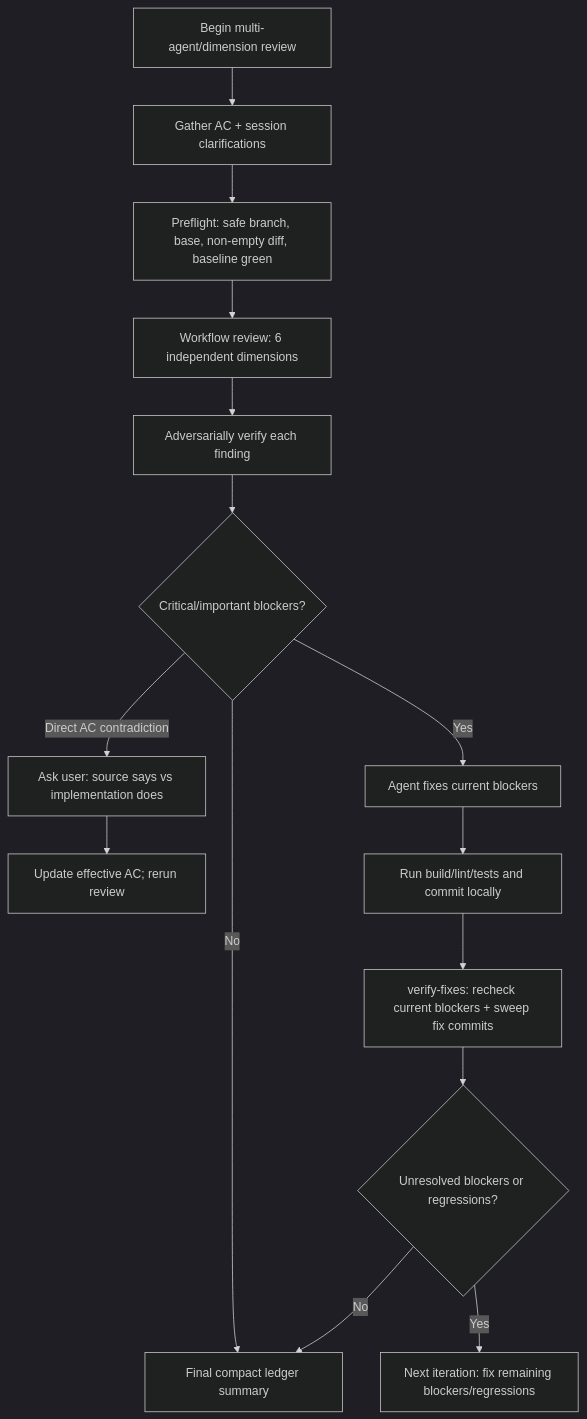
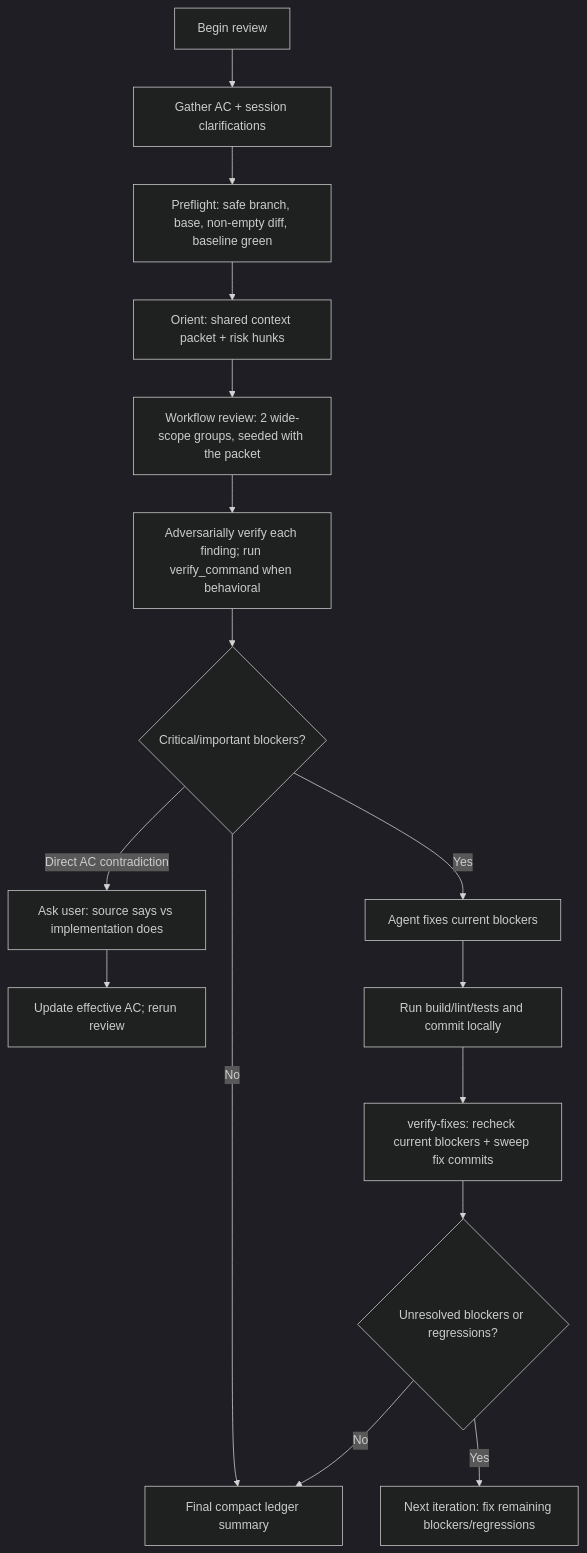
One commit to lzehrung/review-until-clean-odw changed the diagram in README.md. Above: the diagram before and after it, drawn with Mermaid (dark theme). The commit also changed other lines of this file and 3 other files, not shown here.

First line of the commit message:
Fewer reviewers, shared context packet, execution-first verification (#2)

````diff
--- a/README.md
+++ b/README.md
@@ -64,17 +65,18 @@
 ```mermaid
 flowchart TB
-  S[Begin multi-agent/dimension review] --> A[Gather AC + session clarifications]
+  S[Begin review] --> A[Gather AC + session clarifications]
   A --> B[Preflight: safe branch, base, non-empty diff, baseline green]
-  B --> C[Workflow review: 6 independent dimensions]
-  C --> D[Adversarially verify each finding]
+  B --> C[Orient: shared context packet + risk hunks]
+  C --> C2[Workflow review: 2 wide-scope groups, seeded with the packet]
+  C2 --> D[Adversarially verify each finding; run verify_command when behavioral]
   D --> E{Critical/important blockers?}
   E -- No --> Z[Final compact ledger summary]
   E -- Direct AC contradiction --> H[Ask user: source says vs implementation does]
   H --> H2[Update effective AC; rerun review]
   E -- Yes --> F[Agent fixes current blockers]
   F --> G[Run build/lint/tests and commit locally]
   G --> I[verify-fixes: recheck current blockers + sweep fix commits]
   I --> J{Unresolved blockers or regressions?}
   J -- Yes --> K[Next iteration: fix remaining blockers/regressions]
   J -- No --> Z
 ```
````
